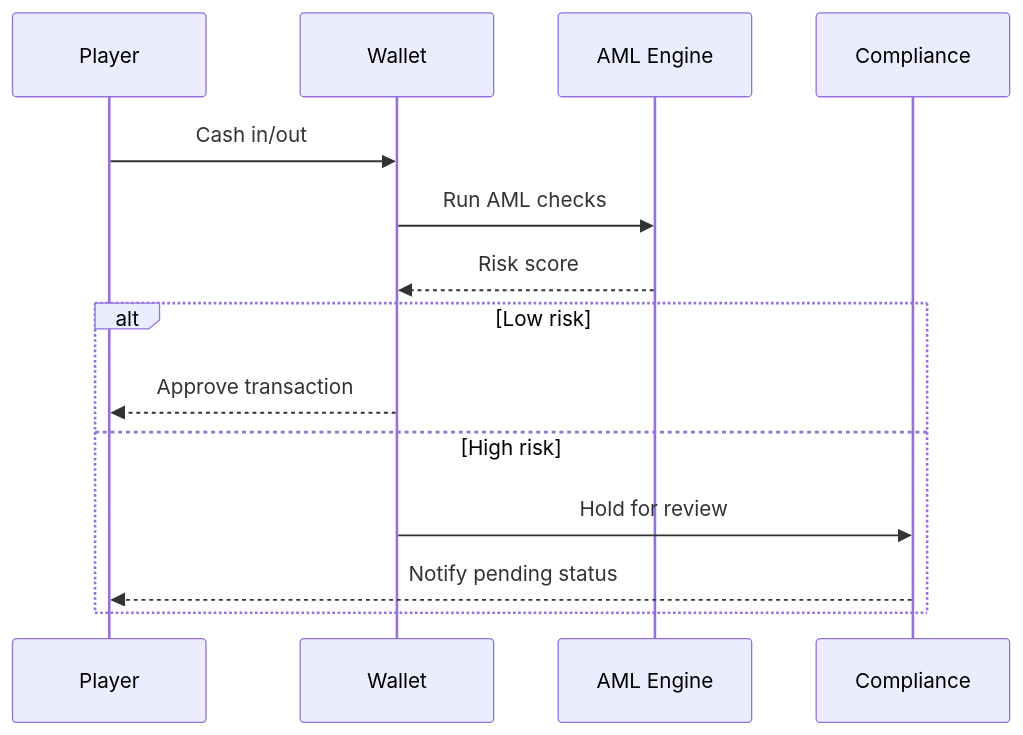
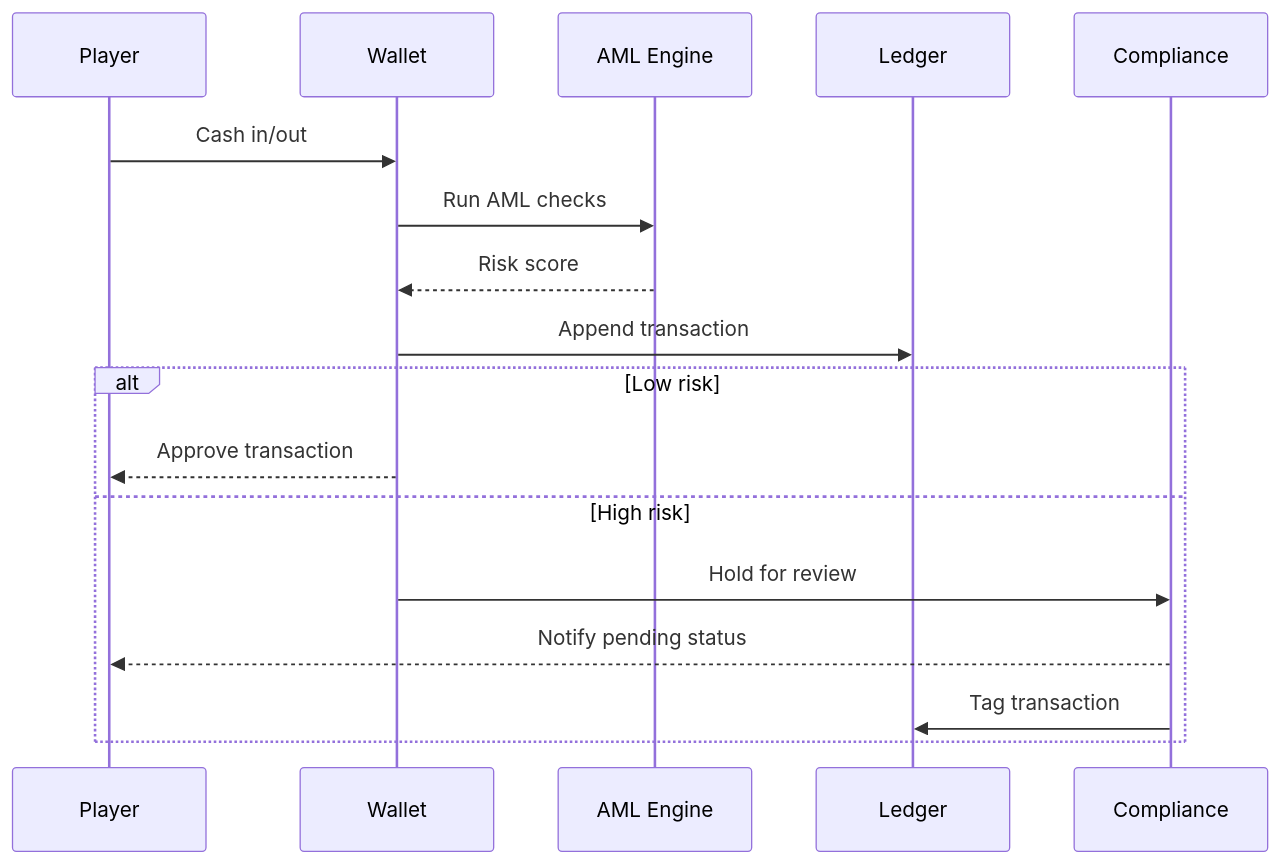
The second of 3 diagrams in docs/security/kyc-aml-flow.md (Nera26/pokerhub), drawn with Mermaid before and after one commit. The commit also changed other lines of this file and 3 other files, not shown here.

````diff
--- a/docs/security/kyc-aml-flow.md
+++ b/docs/security/kyc-aml-flow.md
@@ -68,17 +72,20 @@
 ```mermaid
 sequenceDiagram
   participant P as Player
   participant W as Wallet
   participant M as AML Engine
+  participant L as Ledger
   participant C as Compliance
 
   P->>W: Cash in/out
   W->>M: Run AML checks
   M-->>W: Risk score
+  W->>L: Append transaction
   alt Low risk
     W-->>P: Approve transaction
   else High risk
     W->>C: Hold for review
     C-->>P: Notify pending status
+    C->>L: Tag transaction
   end
 ```
````
